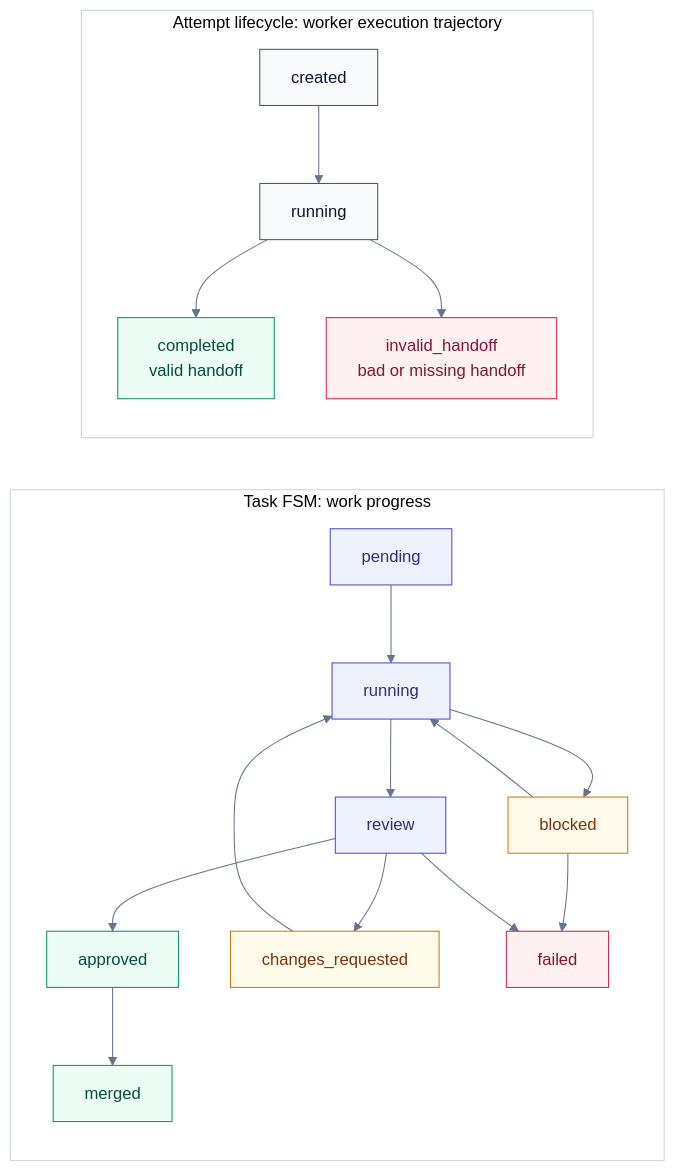
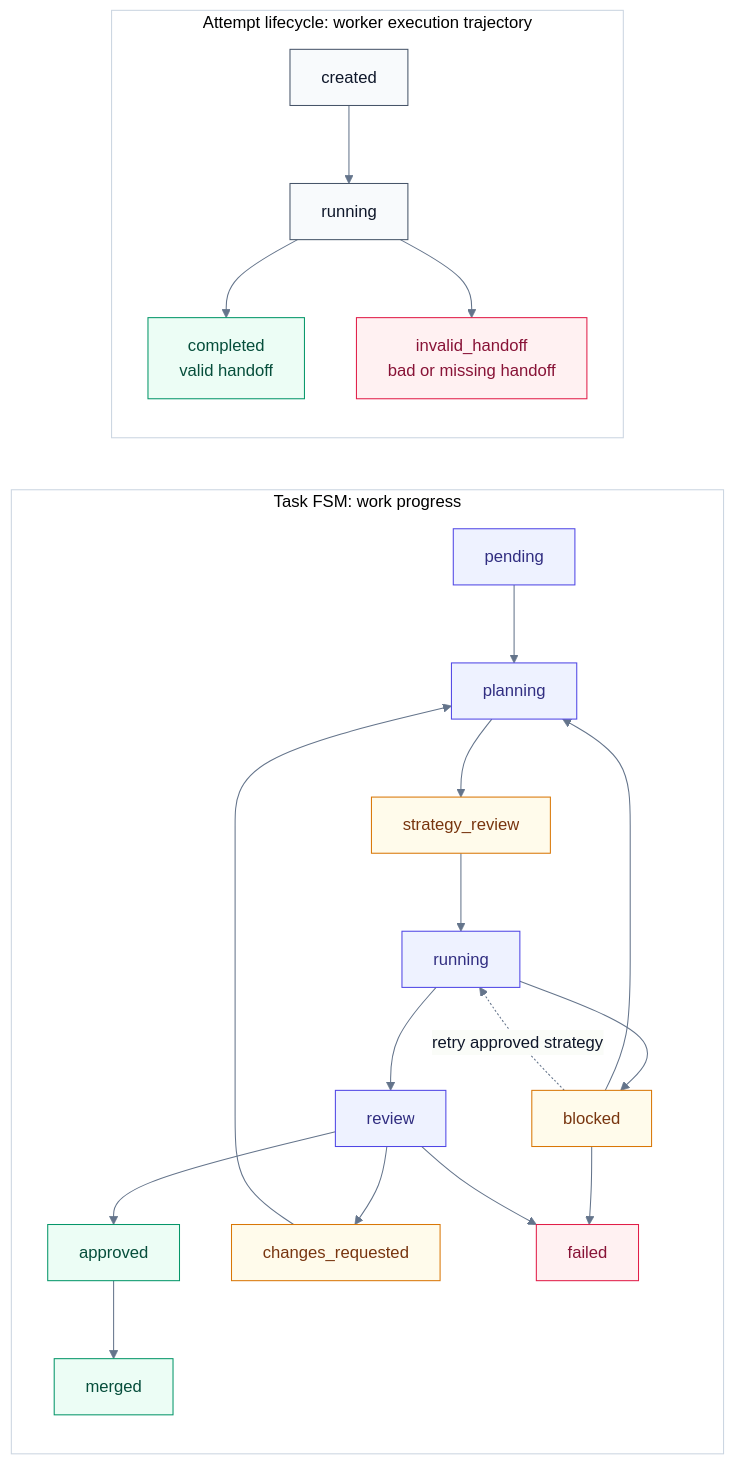
The third of 3 diagrams in README.md (LKCY23/research-dev-orchestrator), drawn with Mermaid before and after one commit. The commit also changed other lines of this file and 66 other files, not shown here.

````diff
--- a/README.md
+++ b/README.md
@@ -235,28 +256,31 @@
 ```mermaid
 %%{init: {"theme":"base","themeVariables":{"fontFamily":"Inter, ui-sans-serif, system-ui","primaryColor":"#f8fafc","primaryTextColor":"#0f172a","primaryBorderColor":"#cbd5e1","lineColor":"#64748b","clusterBkg":"#ffffff","clusterBorder":"#cbd5e1"}}}%%
 flowchart LR
   subgraph TaskFSM["Task FSM: work progress"]
-    P["pending"]:::task --> R["running"]:::task
+    P["pending"]:::task --> PL["planning"]:::task
+    PL --> SR["strategy_review"]:::warn
+    SR --> R["running"]:::task
     R --> V["review"]:::task
     R --> B["blocked"]:::warn
     V --> A["approved"]:::ok
     V --> CR["changes_requested"]:::warn
     A --> M["merged"]:::ok
-    CR --> R
-    B --> R
+    CR --> PL
+    B --> PL
+    B -. "retry approved strategy" .-> R
     B --> F["failed"]:::bad
     V --> F
   end
 
   subgraph AttemptLifecycle["Attempt lifecycle: worker execution trajectory"]
     C["created"]:::attempt --> AR["running"]:::attempt
     AR --> DONE["completed<br/>valid handoff"]:::ok
     AR --> BAD["invalid_handoff<br/>bad or missing handoff"]:::bad
   end
 
   classDef task fill:#eef2ff,stroke:#4f46e5,color:#312e81;
   classDef attempt fill:#f8fafc,stroke:#475569,color:#0f172a;
   classDef ok fill:#ecfdf5,stroke:#059669,color:#064e3b;
   classDef warn fill:#fffbeb,stroke:#d97706,color:#78350f;
   classDef bad fill:#fff1f2,stroke:#e11d48,color:#881337;
 ```
````
